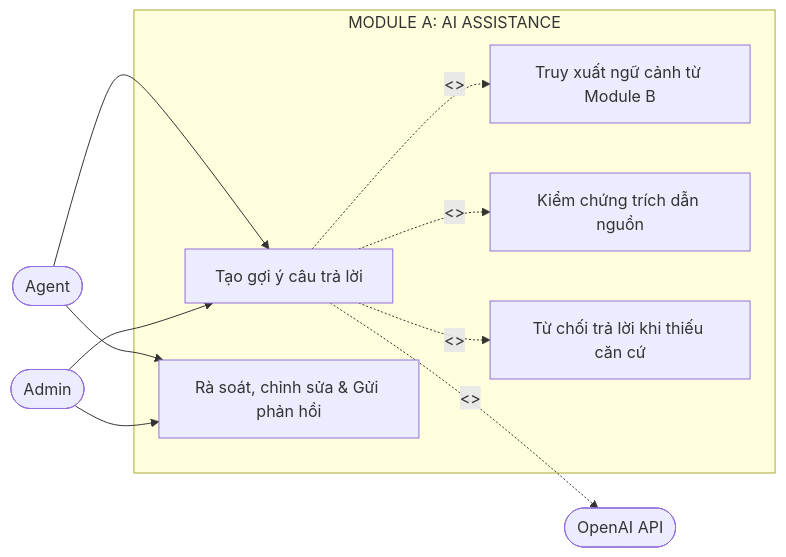
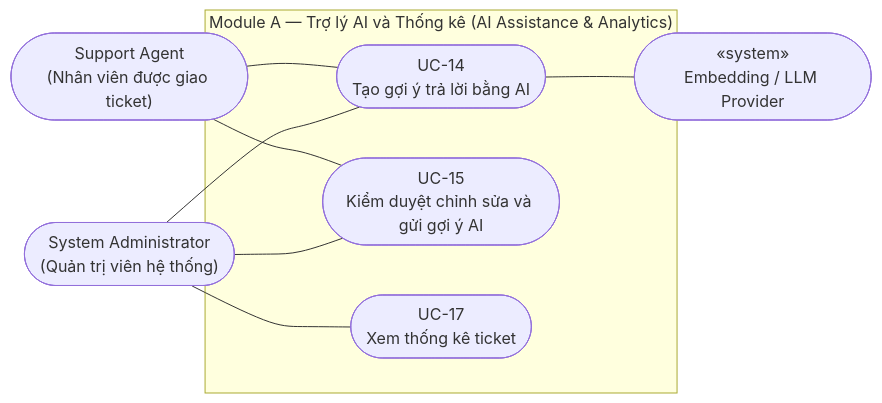
Before and after one commit to thanhbinh55/AI-Powered-Helpdesk-Knowledge-Base: the eighth of 9 diagrams in PLAN_TEMPLATE1_AND_DEVELOPMENT.md, drawn with Mermaid. The commit also changed other lines of this file and 20 other files, not shown here.

Commit message:
docs(template1): chuan hoa 6 so do UML trang den va bo sung link tham khao K23 SCRUM-30

````diff
--- a/PLAN_TEMPLATE1_AND_DEVELOPMENT.md
+++ b/PLAN_TEMPLATE1_AND_DEVELOPMENT.md
@@ -1488,25 +1523,21 @@
 ```mermaid
 flowchart LR
-    Agent(["Agent"])
-    Admin(["Admin"])
-    LLM(["OpenAI API"])
+    Agent(["Support Agent\n(Nhân viên được giao ticket)"])
+    Admin(["System Administrator\n(Quản trị viên hệ thống)"])
+    LLMProvider(["«system»\nEmbedding / LLM Provider"])
 
-    subgraph Mod_AI["MODULE A: AI ASSISTANCE"]
-        UC14["Tạo gợi ý câu trả lời"]
-        UC15["Rà soát, chỉnh sửa & Gửi phản hồi"]
-
-        RetrieveContext["Truy xuất ngữ cảnh từ Module B"]
-        VerifyCitation["Kiểm chứng trích dẫn nguồn"]
-        Abstain["Từ chối trả lời khi thiếu căn cứ"]
+    subgraph Mod_AI["Module A — Trợ lý AI và Thống kê (AI Assistance & Analytics)"]
+        UC14(["UC-14\nTạo gợi ý trả lời bằng AI"])
+        UC15(["UC-15\nKiểm duyệt chỉnh sửa và gửi gợi ý AI"])
+        UC17(["UC-17\nXem thống kê ticket"])
     end
 
-    Agent --> UC14
-    Agent --> UC15
-    Admin --> UC14
-    Admin --> UC15
+    Agent --- UC14
+    Agent --- UC15
 
-    UC14 -.->|<<include>>| RetrieveContext
-    UC14 -.->|<<call>>| LLM
-    UC14 -.->|<<include>>| VerifyCitation
-    UC14 -.->|<<extend>>| Abstain
+    Admin --- UC14
+    Admin --- UC15
+    Admin --- UC17
+
+    UC14 --- LLMProvider
 ```
````
